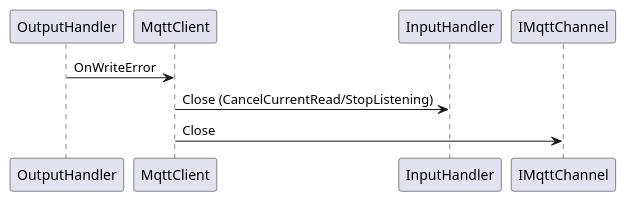
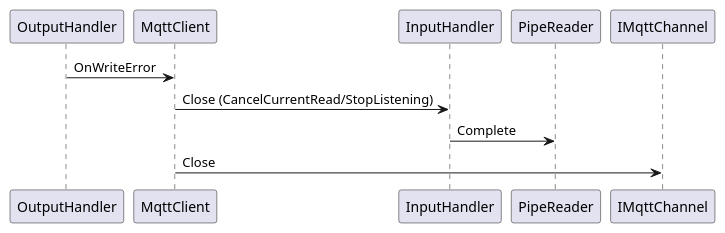
The diagram in Doc/LifecycleProcess/OnWriteError.puml (signature-opensource/CK-MQTT), drawn with PlantUML before and after one commit. The commit also changed 5 other files, not shown here.

```diff
--- a/Doc/LifecycleProcess/OnWriteError.puml
+++ b/Doc/LifecycleProcess/OnWriteError.puml
@@ -1,5 +1,6 @@
 @startuml OnWriteError
 OutputHandler -> MqttClient : OnWriteError
 MqttClient -> InputHandler : Close (CancelCurrentRead/StopListening)
+InputHandler -> PipeReader : Complete
 MqttClient -> IMqttChannel : Close
 @enduml
```
